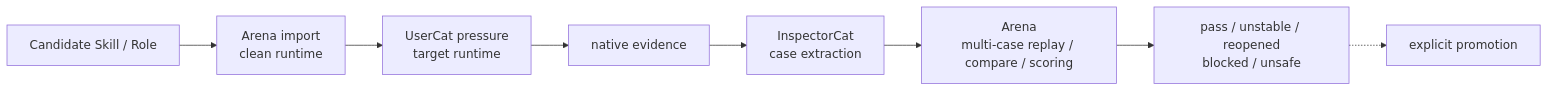
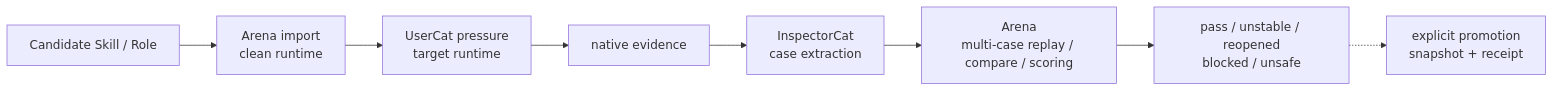
One commit to fightheyyy/XiaoBa-CLI changed the second of 2 diagrams in docs/arena/SPEC.md. Above: the diagram before and after it, drawn with Mermaid. The commit also changed other lines of this file and 39 other files, not shown here.

````diff
--- a/docs/arena/SPEC.md
+++ b/docs/arena/SPEC.md
@@ -116,10 +122,10 @@
 ```mermaid
 flowchart LR
     Candidate["Candidate Skill / Role"] --> Clean["Arena import<br/>clean runtime"]
     Clean --> Pressure["UserCat pressure<br/>target runtime"]
     Pressure --> Evidence["native evidence"]
     Evidence --> Inspect["InspectorCat<br/>case extraction"]
     Inspect --> Eval["Arena<br/>multi-case replay / compare / scoring"]
     Eval --> Decision["pass / unstable / reopened<br/>blocked / unsafe"]
-    Decision -.-> Promote["explicit promotion"]
+    Decision -.-> Promote["explicit promotion<br/>snapshot + receipt"]
 ```
````
